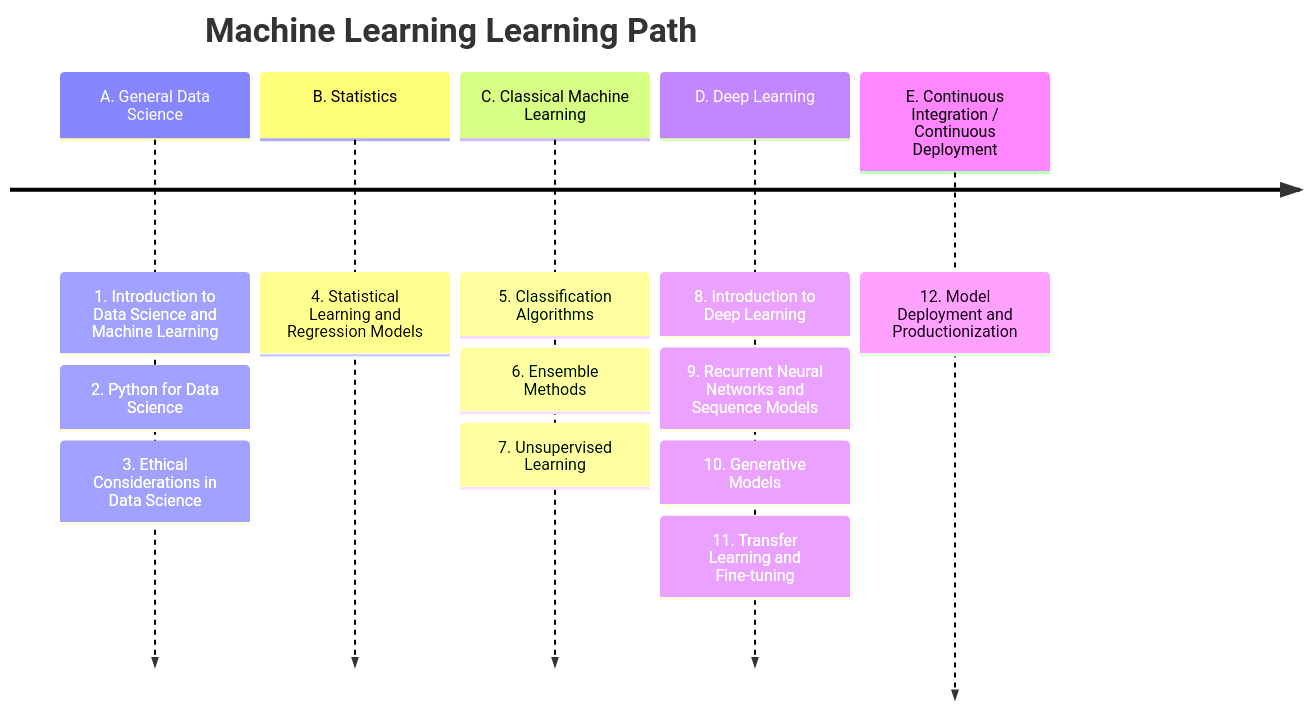
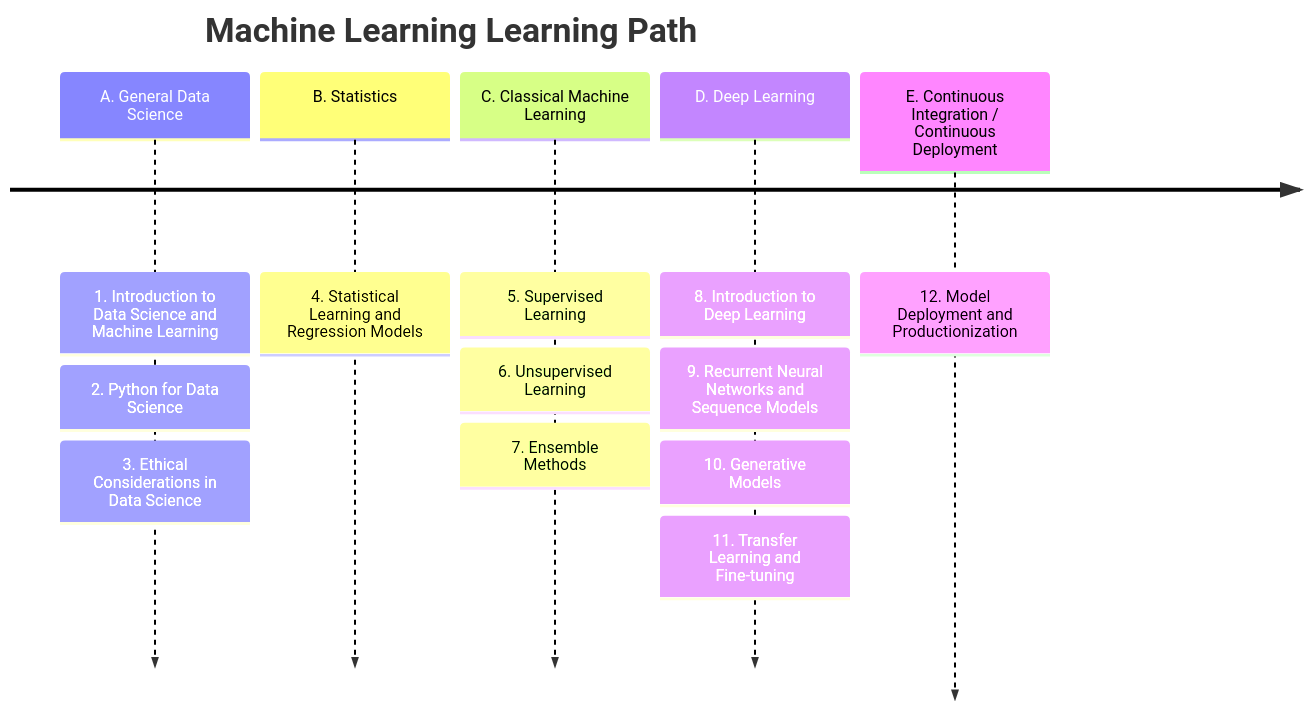
Before and after one commit to ua-datalab/ua-datalab.github.io: the diagram in docs/mlpaths_grids.md, drawn with Mermaid. The commit also changed other lines of this file, not shown here.

````diff
--- a/docs/mlpaths_grids.md
+++ b/docs/mlpaths_grids.md
@@ -6,17 +6,17 @@
 ```mermaid
 timeline
     title Machine Learning Learning Path
     A. General Data Science : 1. Introduction to Data Science and Machine Learning
     	    	 	     : 2. Python for Data Science
 			     : 3. Ethical Considerations in Data Science
     B. Statistics : 4. Statistical Learning and Regression Models
-    C. Classical Machine Learning : 5. Classification Algorithms
-				 : 6. Ensemble Methods
-				 : 7. Unsupervised Learning
+    C. Classical Machine Learning : 5. Supervised Learning
+				 : 6. Unsupervised Learning
+				 : 7. Ensemble Methods
     D. Deep Learning : 8. Introduction to Deep Learning
     	   	    : 9. Recurrent Neural Networks and Sequence Models
 		    : 10. Generative Models
 		    : 11. Transfer Learning and Fine-tuning
     E. Continuous Integration / Continuous Deployment  : 12. Model Deployment and Productionization
 
 ```
````
